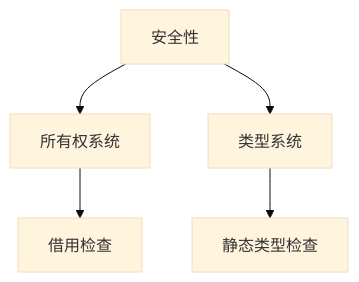
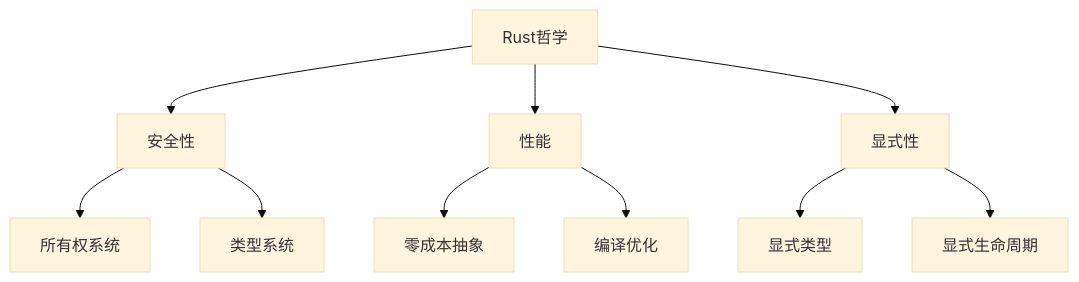
The first of 5 diagrams in formal_rust/refactor/01_core_theory/01_language_foundations/01_rust_philosophy.md (martin-ly/rust-lang), drawn with Mermaid (base theme) before and after one commit. The commit also changed other lines of this file and 6 other files, not shown here.

````diff
--- a/formal_rust/refactor/01_core_theory/01_language_foundations/01_rust_philosophy.md
+++ b/formal_rust/refactor/01_core_theory/01_language_foundations/01_rust_philosophy.md
@@ -71,7 +100,12 @@
-  ```mermaid
-  graph TD
-    A[安全性] --> B[所有权系统]
-    A --> C[类型系统]
-    B --> D[借用检查]
-    C --> E[静态类型检查]
-  ```
+```mermaid
+graph TD
+    A[Rust哲学] --> B[安全性]
+    A --> C[性能]
+    A --> D[显式性]
+    B --> E[所有权系统]
+    B --> F[类型系统]
+    C --> G[零成本抽象]
+    C --> H[编译优化]
+    D --> I[显式类型]
+    D --> J[显式生命周期]
+```
````
